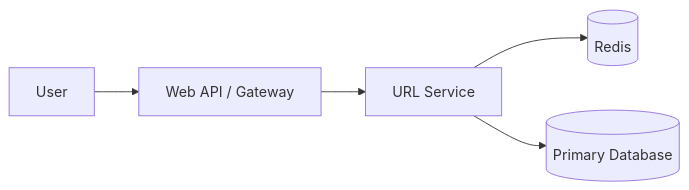
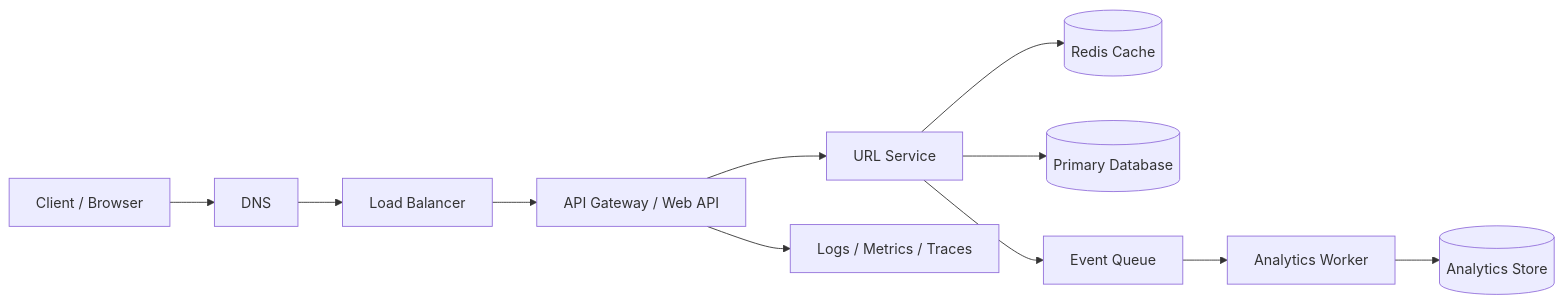
Before and after one commit to Rumman90/system-design-url-shortener: the first of 3 diagrams in docs/architecture.md, drawn with Mermaid. The commit also changed other lines of this file and 5 other files, not shown here.

````diff
--- a/docs/architecture.md
+++ b/docs/architecture.md
@@ -3,7 +7,13 @@
 ```mermaid
 graph LR
-    User --> API[Web API / Gateway]
+    Client[Client / Browser] --> DNS[DNS]
+    DNS --> LB[Load Balancer]
+    LB --> API[API Gateway / Web API]
     API --> SVC[URL Service]
-    SVC --> CACHE[(Redis)]
+    SVC --> CACHE[(Redis Cache)]
     SVC --> DB[(Primary Database)]
+    SVC --> QUEUE[Event Queue]
+    QUEUE --> WORKER[Analytics Worker]
+    WORKER --> ANALYTICS[(Analytics Store)]
+    API --> OBS[Logs / Metrics / Traces]
 ```
````
